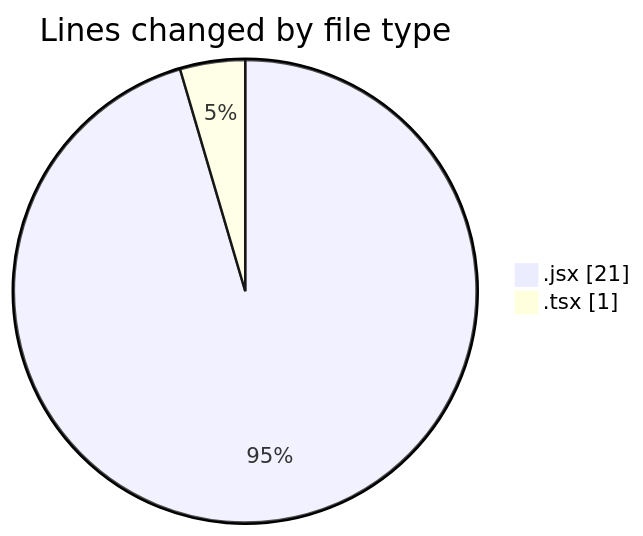
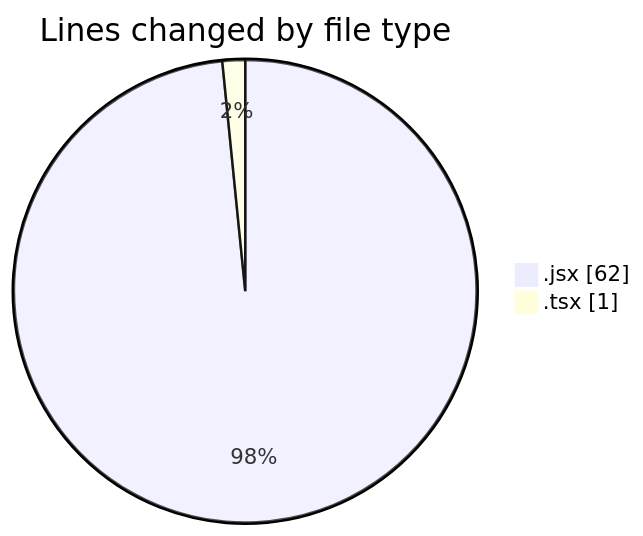
The first of 2 diagrams in 2025-02-10/react_ecom/README.md (Elitesun/code-tracking), drawn with Mermaid before and after one commit. The commit also changed other lines of this file and 1 other file, not shown here.

````diff
--- a/2025-02-10/react_ecom/README.md
+++ b/2025-02-10/react_ecom/README.md
@@ -22,6 +23,6 @@
 ```mermaid
 pie showData
 title Lines changed by file type
-".jsx" : 21
+".jsx" : 62
 ".tsx" : 1
 ```
````
